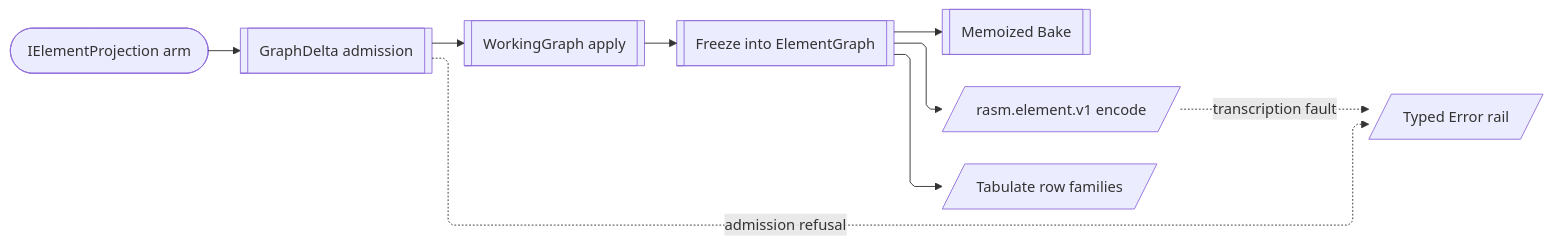
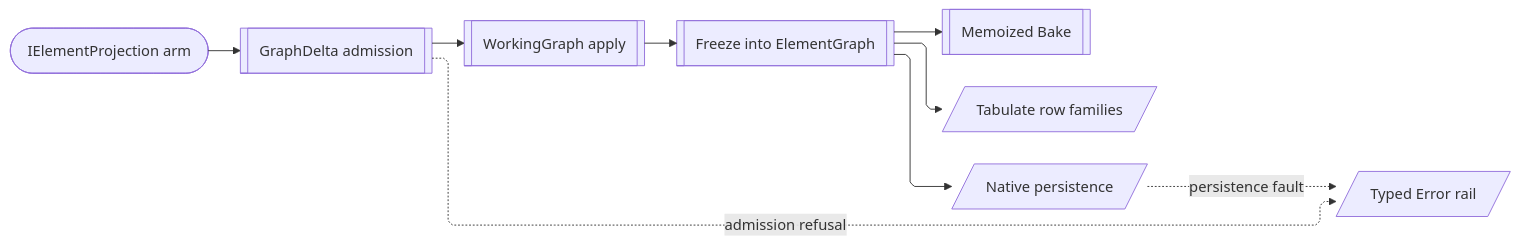
The fourth of 4 diagrams in libs/csharp/Rasm.Element/ARCHITECTURE.md (bsamiee/Rasm), drawn with Mermaid before and after one commit. The commit also changed other lines of this file and 820 other files, not shown here.

````diff
--- a/libs/csharp/Rasm.Element/ARCHITECTURE.md
+++ b/libs/csharp/Rasm.Element/ARCHITECTURE.md
@@ -245,20 +243,20 @@
 ```mermaid
 ---
 config:
   layout: elk
   flowchart:
     curve: linear
     padding: 25
 ---
 flowchart LR
     accTitle: Rasm.Element graph spine
-    accDescr: How a projected delta becomes the frozen graph every consumer bakes, tables, and wires with no second stored record.
+    accDescr: How a projected delta becomes the frozen graph every consumer bakes, tables, and persists with no second stored record.
     Provider(["IElementProjection arm"]) e1@--> Admit[[GraphDelta admission]]
     Admit e2@--> Working[[WorkingGraph apply]]
     Working e3@--> Freeze[[Freeze into ElementGraph]]
     Freeze e4@--> Bake[[Memoized Bake]]
-    Freeze e5@--> WireEg[/rasm.element.v1 encode/]
-    Freeze e6@--> TableEg[/Tabulate row families/]
+    Freeze e5@--> TableEg[/Tabulate row families/]
+    Freeze e6@--> Persist[/Native persistence/]
     Admit f1@-.->|"admission refusal"| Fault[/Typed Error rail/]
-    WireEg f2@-.->|"transcription fault"| Fault
+    Persist f2@-.->|"persistence fault"| Fault
 ```
````
